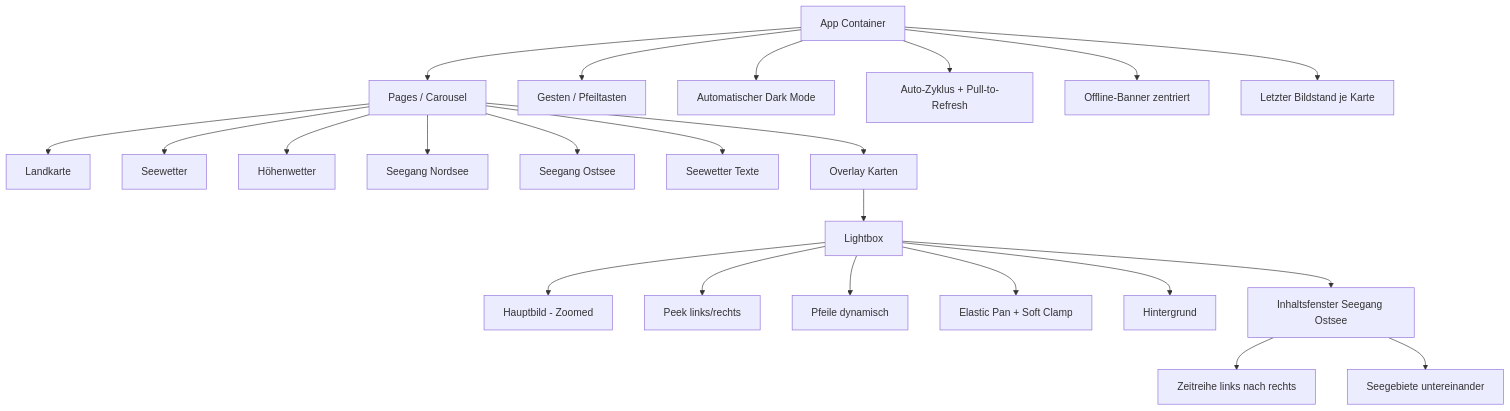
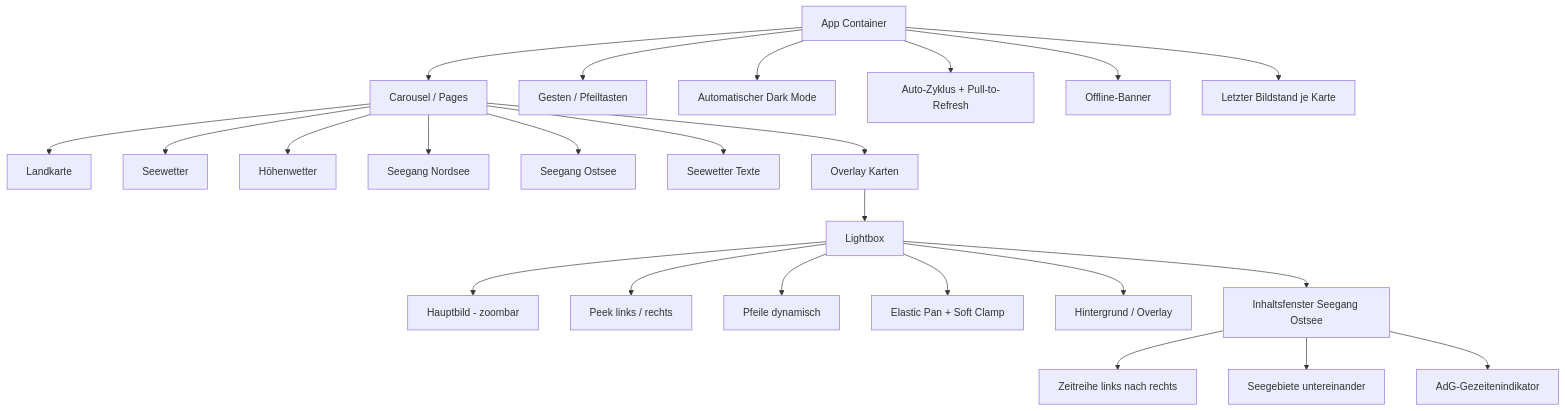
Before and after one commit to w465jt7pm9-cpu/dwd-dashboard: the diagram in docs/UI-Struktur.md, drawn with Mermaid. The commit also changed other lines of this file and 5 other files, not shown here.

Commit message:
docs: align architecture and UI docs with latest tide feature

````diff
--- a/docs/UI-Struktur.md
+++ b/docs/UI-Struktur.md
@@ -20,25 +16,26 @@
 ```mermaid
 flowchart TD
-  App[App Container] --> Pages[Pages / Carousel]
+  App[App Container] --> Pages[Carousel / Pages]
   Pages --> Land[Landkarte]
   Pages --> See[Seewetter]
   Pages --> Hoehenwetter[Höhenwetter]
   Pages --> Nordsee[Seegang Nordsee]
   Pages --> Ostsee[Seegang Ostsee]
   Pages --> Texte[Seewetter Texte]
   Pages --> Cards[Overlay Karten]
   Cards --> Lightbox[Lightbox]
-  Lightbox --> Image[Hauptbild - Zoomed]
-  Lightbox --> Peek[Peek links/rechts]
+  Lightbox --> Image[Hauptbild - zoombar]
+  Lightbox --> Peek[Peek links / rechts]
   Lightbox --> Arrows[Pfeile dynamisch]
   Lightbox --> Elastic[Elastic Pan + Soft Clamp]
-  Lightbox --> Overlay[Hintergrund]
+  Lightbox --> Overlay[Hintergrund / Overlay]
   Lightbox --> OstseeWindow[Inhaltsfenster Seegang Ostsee]
   OstseeWindow --> Meteogram[Zeitreihe links nach rechts]
   OstseeWindow --> Areas[Seegebiete untereinander]
+  OstseeWindow --> Tide[AdG-Gezeitenindikator]
   App --> Gestures[Gesten / Pfeiltasten]
   App --> Theme[Automatischer Dark Mode]
   App --> Refresh[Auto-Zyklus + Pull-to-Refresh]
-  App --> OfflineBanner[Offline-Banner zentriert]
+  App --> OfflineBanner[Offline-Banner]
   App --> Persistence[Letzter Bildstand je Karte]
 ```
````
